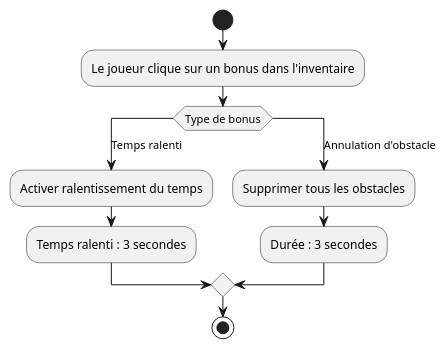
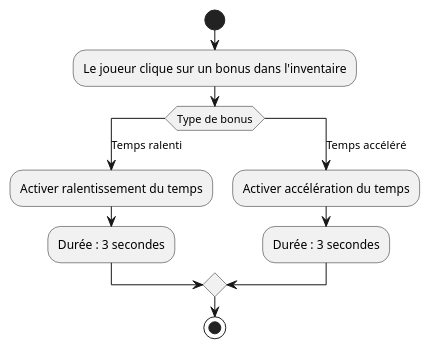
Before and after one commit to boudji-ludwig-pett/cnam-geometry-dash: the diagram in Documentation/UML/activity-diagram/sub-activation-bonus.puml, drawn with PlantUML. The commit also changed 7 other files, not shown here.

Commit message:
docs: modify activity diagram

```diff
--- a/Documentation/UML/activity-diagram/sub-activation-bonus.puml
+++ b/Documentation/UML/activity-diagram/sub-activation-bonus.puml
@@ -1,15 +1,15 @@
 @startuml sub-activation-bonus
 
 start
 :Le joueur clique sur un bonus dans l'inventaire;
 switch (Type de bonus)
   case (Temps ralenti)
     :Activer ralentissement du temps;
-    :Temps ralenti : 3 secondes;
-  case (Annulation d'obstacle)
-    :Supprimer tous les obstacles;
+    :Durée : 3 secondes;
+  case (Temps accéléré)
+    :Activer accélération du temps;
     :Durée : 3 secondes;
 endswitch
 stop
 
 @enduml
```
